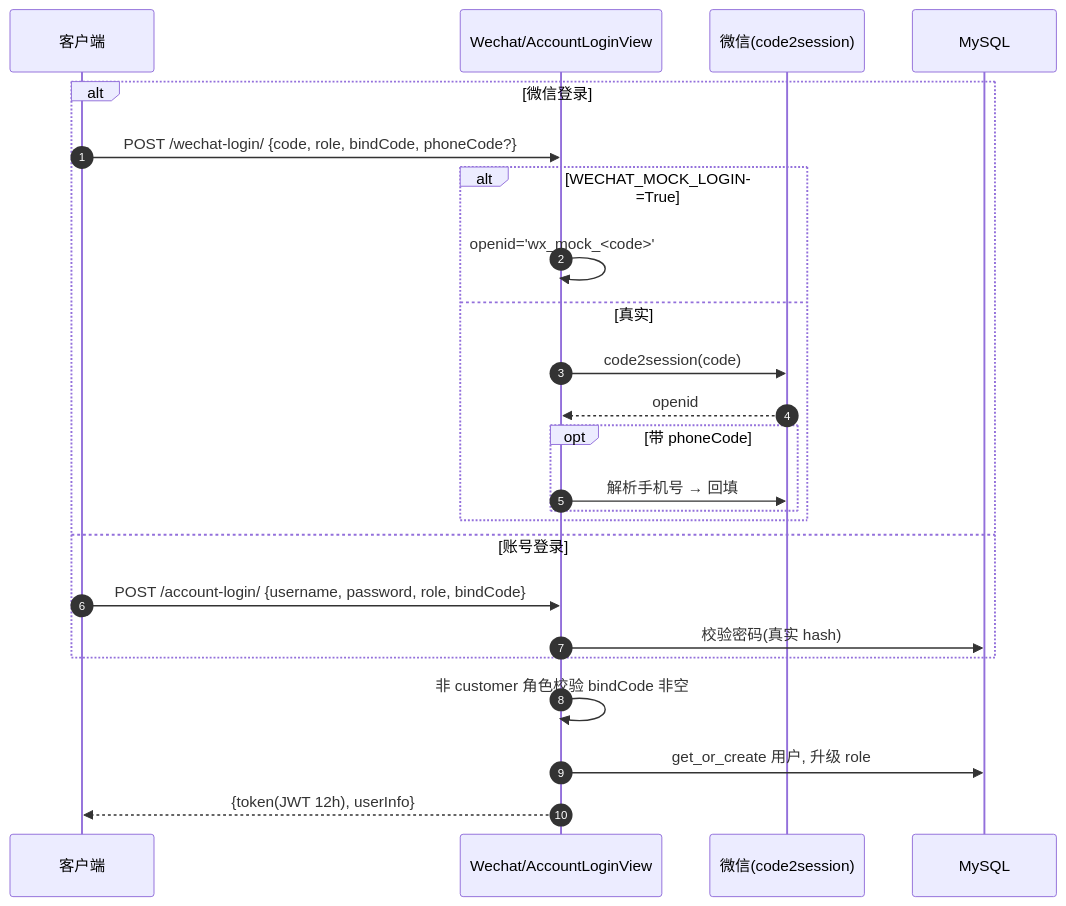
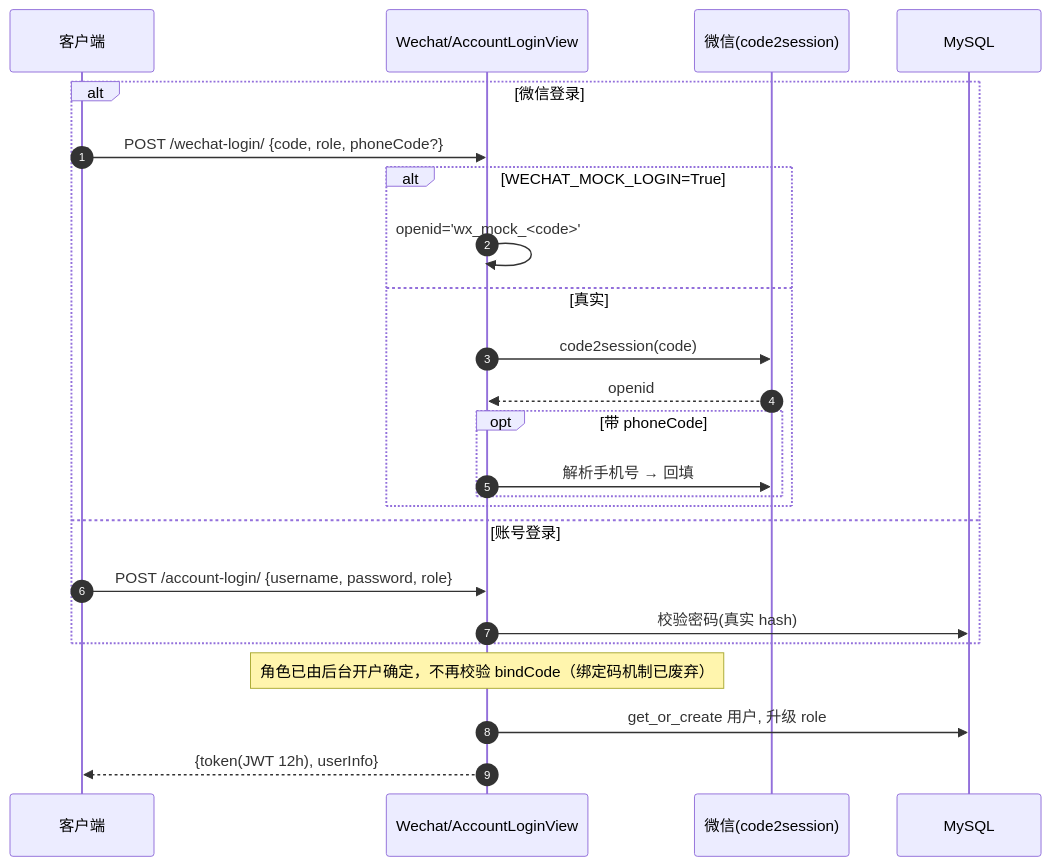
One commit to Ryuchen/XA changed the ninth of 9 diagrams in docs/Sequence.md. Above: the diagram before and after it, drawn with Mermaid. The commit also changed other lines of this file and 75 other files, not shown here.

````diff
--- a/docs/Sequence.md
+++ b/docs/Sequence.md
@@ -320,28 +320,28 @@
 ```mermaid
 sequenceDiagram
     autonumber
     participant C as 客户端
     participant API as Wechat/AccountLoginView
     participant WX as 微信(code2session)
     participant DB as MySQL
 
     alt 微信登录
-        C->>API: POST /wechat-login/ {code, role, bindCode, phoneCode?}
+        C->>API: POST /wechat-login/ {code, role, phoneCode?}
         alt WECHAT_MOCK_LOGIN=True
             API->>API: openid='wx_mock_<code>'
         else 真实
             API->>WX: code2session(code)
             WX-->>API: openid
             opt 带 phoneCode
                 API->>WX: 解析手机号 → 回填
             end
         end
     else 账号登录
-        C->>API: POST /account-login/ {username, password, role, bindCode}
+        C->>API: POST /account-login/ {username, password, role}
         API->>DB: 校验密码(真实 hash)
     end
 
-    API->>API: 非 customer 角色校验 bindCode 非空
+    Note over API: 角色已由后台开户确定，不再校验 bindCode（绑定码机制已废弃）
     API->>DB: get_or_create 用户, 升级 role
     API-->>C: {token(JWT 12h), userInfo}
 ```
````
